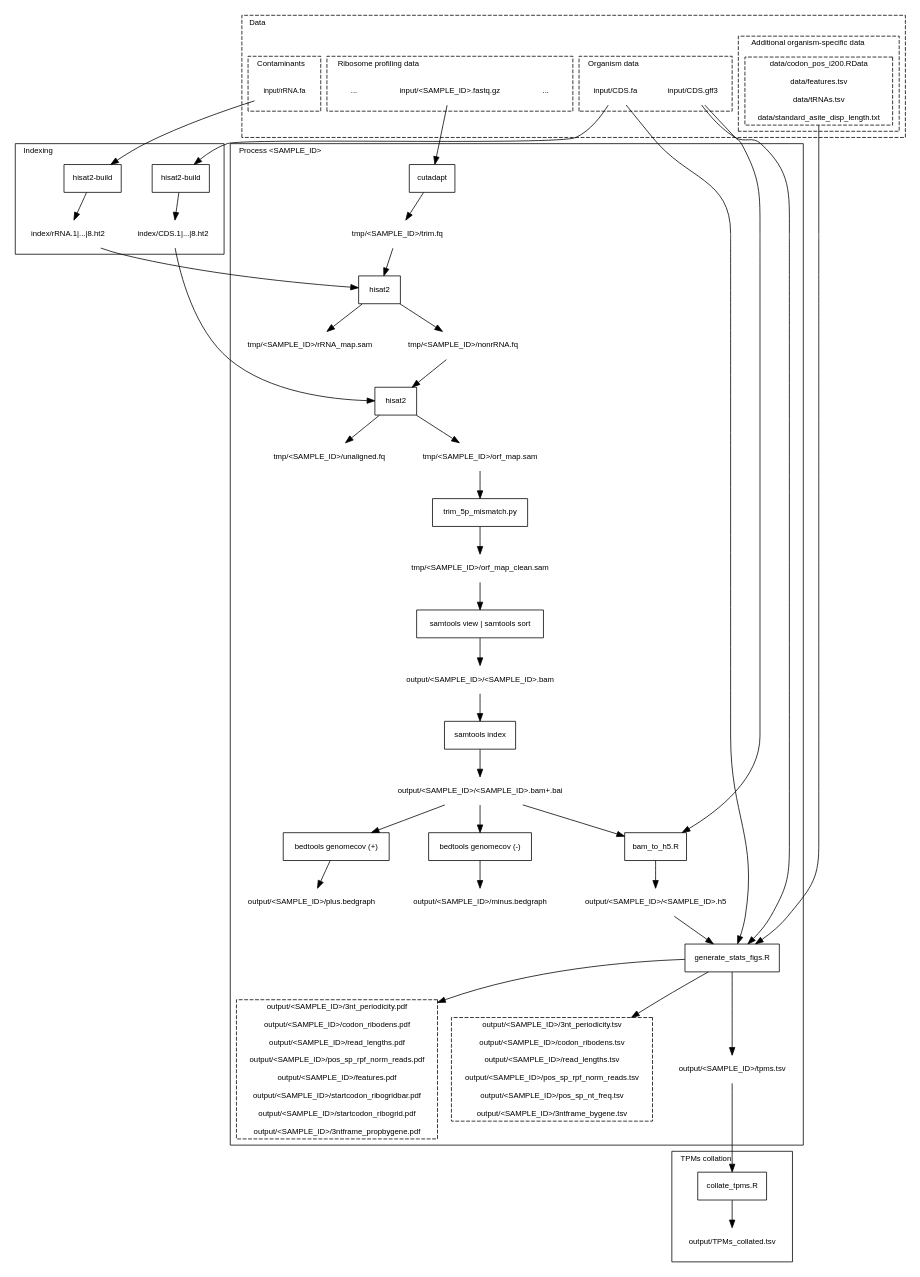
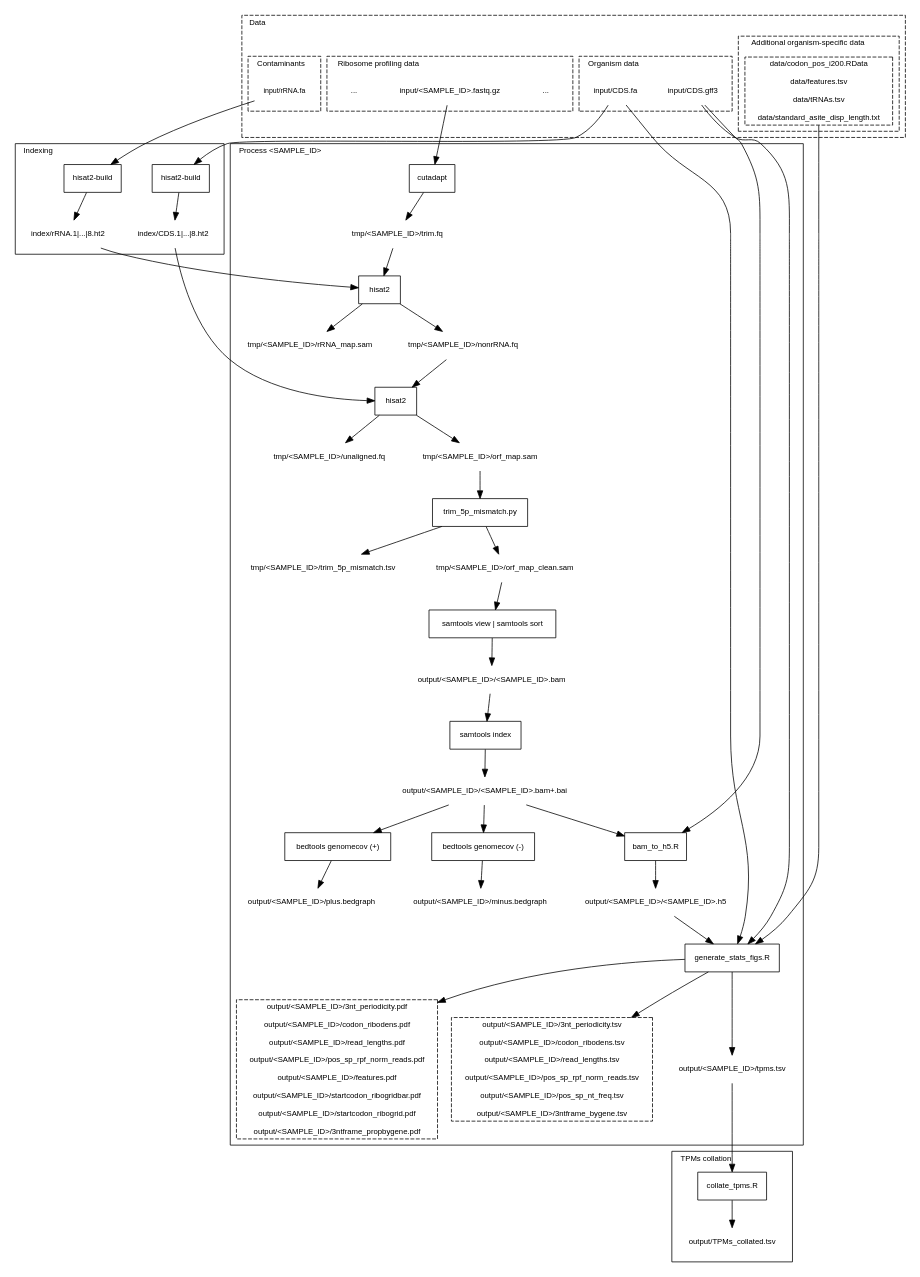
Before and after one commit to riboviz/riboviz: the diagram in docs/images/workflow.dot, drawn with Graphviz. The commit also changed 9 other files, not shown here.

Commit message:
Updated prep_riboviz.py to specify name of sample-specific temporary trim_5p_mismatch.tsv file location

```diff
--- a/docs/images/workflow.dot
+++ b/docs/images/workflow.dot
@@ -1,156 +1,160 @@
 digraph G {
   graph [ fontname=Helvetica, fontsize=10, compound=true ]
   node [ fontname=Helvetica, fontsize=10 ]
   edge [ fontname=Helvetica, fontsize=10 ]
 
   subgraph cluster_data {
     label = "Data"
     labeljust = "l"
     style = dashed
 
     subgraph cluster_organism {
       label = "Organism data"
       labeljust = "l"
       style = dashed
 
       "input/CDS.fa"  [shape=plaintext]
       "input/CDS.gff3" [shape=plaintext]
     }
 
     subgraph cluster_contaminants {
       label = "Contaminants"
       labeljust = "l"
       style = dashed
 
       "input/rRNA.fa"  [shape=plaintext, fontsize=9]
     }
 
     subgraph cluster_additional_organism {
       label = "Additional organism-specific data"
       labeljust = "l"
       style = dashed
 
       data [label="data/codon_pos_i200.RData\n
 data/features.tsv\n
 data/tRNAs.tsv\n
 data/standard_asite_disp_length.txt"] [shape=box, style=dashed]
     }
 
     subgraph cluster_ribosome {
       label = "Ribosome profiling data"
       labeljust = "l"
       style = dashed
 
       ribosome_data0toI [label="..."] [shape=plaintext]
       "input/<SAMPLE_ID>.fastq.gz" [shape=plaintext]
       ribosome_dataItoN [label="..."] [shape=plaintext]
     }
   }
   
   subgraph cluster_indexing {
     label = "Indexing"
     labeljust = "l"
 
     h2build1 [label="hisat2-build"] [shape=box]
     h2build2 [label="hisat2-build"] [shape=box]
 
     "index/rRNA.1|...|8.ht2" [shape=plaintext]
     "index/CDS.1|...|8.ht2" [shape=plaintext]
 
     "input/rRNA.fa" -> h2build1 -> "index/rRNA.1|...|8.ht2"
     "input/CDS.fa" -> h2build2 -> "index/CDS.1|...|8.ht2"
   }
 
   subgraph cluster_per_sample_processing {
     label = "Process <SAMPLE_ID>"
     labeljust = "l"
 
     cut [label="cutadapt"] [shape=box]
     h21 [label="hisat2"] [shape=box]
     h22 [label="hisat2"] [shape=box]
     samindex [label="samtools index"] [shape=box]
     samview [label="samtools view | samtools sort"] [shape=box]
     trim [label="trim_5p_mismatch.py"] [shape=box]
     bedplus [label="bedtools genomecov (+)"] [shape=box]
     bedminus [label="bedtools genomecov (-)"] [shape=box]
     bam2h5 [label="bam_to_h5.R"] [shape=box]
     statsfigs [label="generate_stats_figs.R"] [shape=box]
 
     "tmp/<SAMPLE_ID>/trim.fq" [shape=plaintext]
     "tmp/<SAMPLE_ID>/rRNA_map.sam" [shape=plaintext]
     "tmp/<SAMPLE_ID>/nonrRNA.fq" [shape=plaintext]
     "tmp/<SAMPLE_ID>/unaligned.fq" [shape=plaintext]
     "tmp/<SAMPLE_ID>/orf_map.sam" [shape=plaintext]
+    "tmp/<SAMPLE_ID>/trim_5p_mismatch.tsv" [shape=plaintext]
     "tmp/<SAMPLE_ID>/orf_map_clean.sam" [shape=plaintext]
     "output/<SAMPLE_ID>/<SAMPLE_ID>.bam" [shape=plaintext]
     "output/<SAMPLE_ID>/<SAMPLE_ID>.bam+.bai" [shape=plaintext]
     "output/<SAMPLE_ID>/plus.bedgraph" [shape=plaintext]
     "output/<SAMPLE_ID>/minus.bedgraph" [shape=plaintext]
     "output/<SAMPLE_ID>/<SAMPLE_ID>.h5" [shape=plaintext]
 
     pdfs [label="output/<SAMPLE_ID>/3nt_periodicity.pdf\n
 output/<SAMPLE_ID>/codon_ribodens.pdf\n
 output/<SAMPLE_ID>/read_lengths.pdf\n
 output/<SAMPLE_ID>/pos_sp_rpf_norm_reads.pdf\n
 output/<SAMPLE_ID>/features.pdf\n
 output/<SAMPLE_ID>/startcodon_ribogridbar.pdf\n
 output/<SAMPLE_ID>/startcodon_ribogrid.pdf\n
 output/<SAMPLE_ID>/3ntframe_propbygene.pdf
 "] [shape=box, style=dashed]
 
     tsvs [label="output/<SAMPLE_ID>/3nt_periodicity.tsv\n
 output/<SAMPLE_ID>/codon_ribodens.tsv\n
 output/<SAMPLE_ID>/read_lengths.tsv\n
 output/<SAMPLE_ID>/pos_sp_rpf_norm_reads.tsv\n
 output/<SAMPLE_ID>/pos_sp_nt_freq.tsv\n
 output/<SAMPLE_ID>/3ntframe_bygene.tsv
 "] [shape=box, style=dashed]
 
     "output/<SAMPLE_ID>/tpms.tsv" [shape=plaintext]
 
     "input/<SAMPLE_ID>.fastq.gz" -> cut -> "tmp/<SAMPLE_ID>/trim.fq"
 
     "tmp/<SAMPLE_ID>/trim.fq" -> h21
     "index/rRNA.1|...|8.ht2" -> h21
     h21 -> "tmp/<SAMPLE_ID>/rRNA_map.sam"
     h21 -> "tmp/<SAMPLE_ID>/nonrRNA.fq"
 
     "index/CDS.1|...|8.ht2" -> h22
     "tmp/<SAMPLE_ID>/nonrRNA.fq" -> h22
     h22 -> "tmp/<SAMPLE_ID>/unaligned.fq"
     h22 -> "tmp/<SAMPLE_ID>/orf_map.sam"
 
-    "tmp/<SAMPLE_ID>/orf_map.sam" -> trim -> "tmp/<SAMPLE_ID>/orf_map_clean.sam"
+    "tmp/<SAMPLE_ID>/orf_map.sam" -> trim 
+    trim -> "tmp/<SAMPLE_ID>/orf_map_clean.sam"
+    trim -> "tmp/<SAMPLE_ID>/trim_5p_mismatch.tsv"
+
     "tmp/<SAMPLE_ID>/orf_map_clean.sam" -> samview -> "output/<SAMPLE_ID>/<SAMPLE_ID>.bam"
     "output/<SAMPLE_ID>/<SAMPLE_ID>.bam" -> samindex
     samindex -> "output/<SAMPLE_ID>/<SAMPLE_ID>.bam+.bai"
 
     "output/<SAMPLE_ID>/<SAMPLE_ID>.bam+.bai" -> bedplus -> "output/<SAMPLE_ID>/plus.bedgraph"
     "output/<SAMPLE_ID>/<SAMPLE_ID>.bam+.bai" -> bedminus -> "output/<SAMPLE_ID>/minus.bedgraph"
 
     "output/<SAMPLE_ID>/<SAMPLE_ID>.bam+.bai" -> bam2h5
     "input/CDS.gff3" -> bam2h5
     bam2h5 -> "output/<SAMPLE_ID>/<SAMPLE_ID>.h5"
 
     "output/<SAMPLE_ID>/<SAMPLE_ID>.h5" -> statsfigs
     "input/CDS.fa" -> statsfigs
     "input/CDS.gff3" -> statsfigs
     data -> statsfigs
 
     statsfigs -> pdfs
     statsfigs -> tsvs
     statsfigs -> "output/<SAMPLE_ID>/tpms.tsv"
   }
 
   subgraph cluster_tpms_collation {
     label = "TPMs collation"
     labeljust = "l"
 
     collate [label="collate_tpms.R"] [shape=box]
 
     "output/TPMs_collated.tsv" [shape=plaintext]
 
     "output/<SAMPLE_ID>/tpms.tsv" -> collate
     collate -> "output/TPMs_collated.tsv"
   }
 }
```
